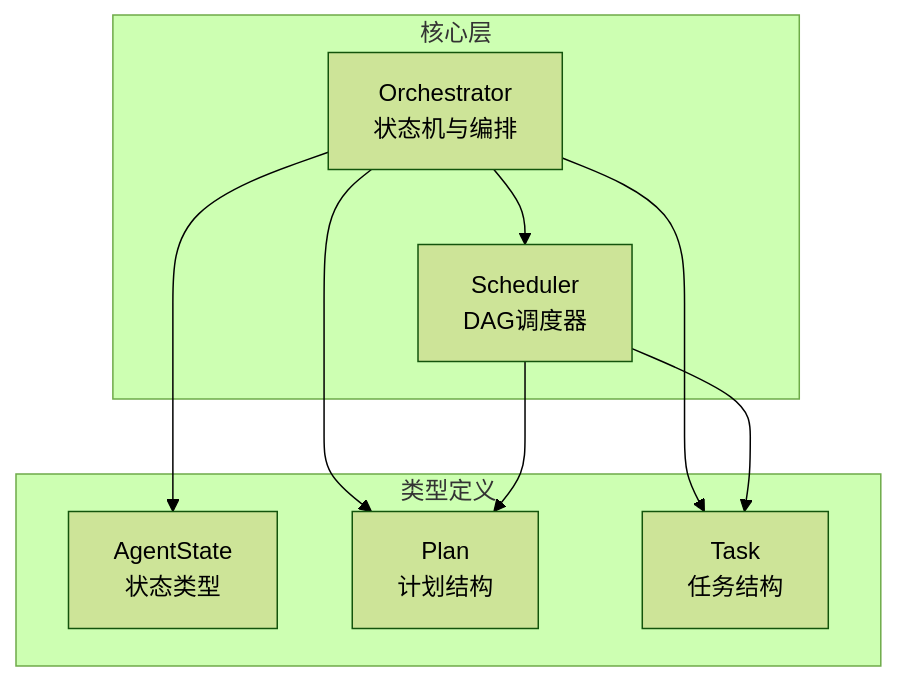
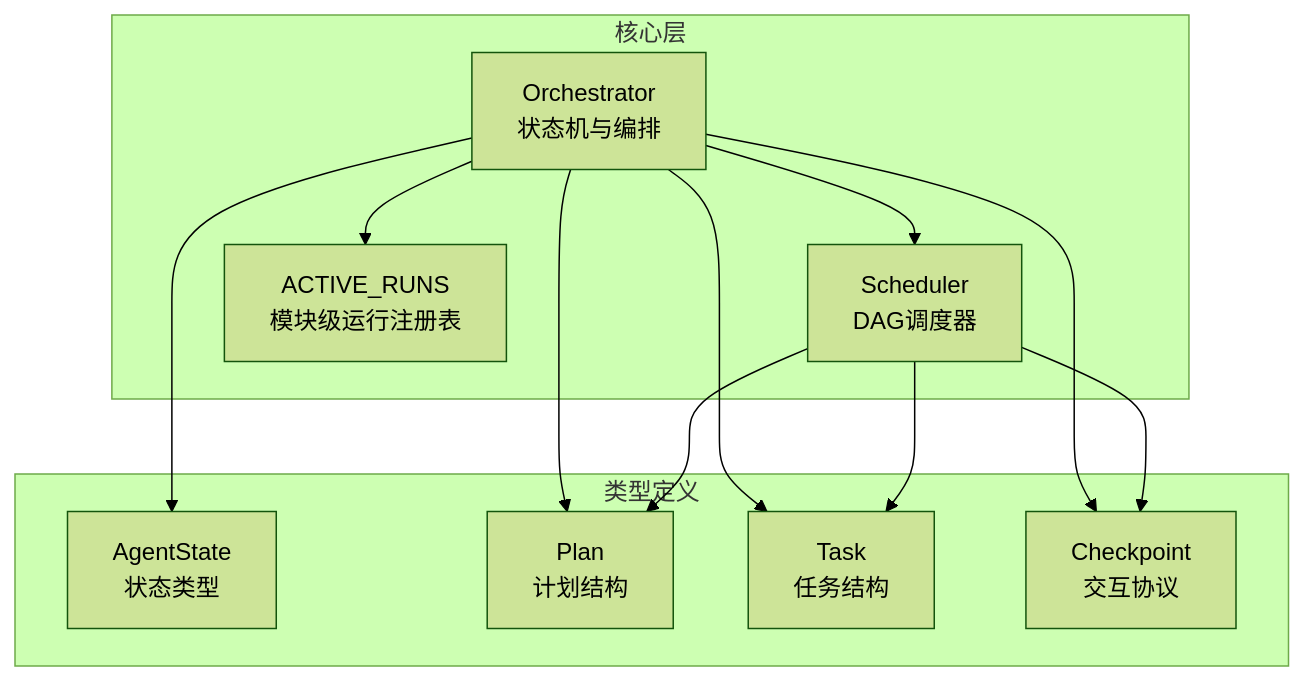
The first of 7 diagrams in .qoder/repowiki/zh/content/核心模块/Orchestrator编排器.md (Ichi-Hackton/WAIC-WeChat-MiniProgram), drawn with Mermaid (forest theme) before and after one commit. The commit also changed other lines of this file and 33 other files, not shown here.

````diff
--- a/.qoder/repowiki/zh/content/核心模块/Orchestrator编排器.md
+++ b/.qoder/repowiki/zh/content/核心模块/Orchestrator编排器.md
@@ -35,18 +46,23 @@
 ```mermaid
 graph TB
 subgraph "核心层"
 O["Orchestrator<br/>状态机与编排"]
 S["Scheduler<br/>DAG调度器"]
+A["ACTIVE_RUNS<br/>模块级运行注册表"]
 end
 subgraph "类型定义"
 T1["AgentState<br/>状态类型"]
 T2["Plan<br/>计划结构"]
 T3["Task<br/>任务结构"]
+T4["Checkpoint<br/>交互协议"]
 end
 O --> S
+O --> A
 O --> T1
 O --> T2
 O --> T3
+O --> T4
 S --> T2
 S --> T3
+S --> T4
 ```
````
